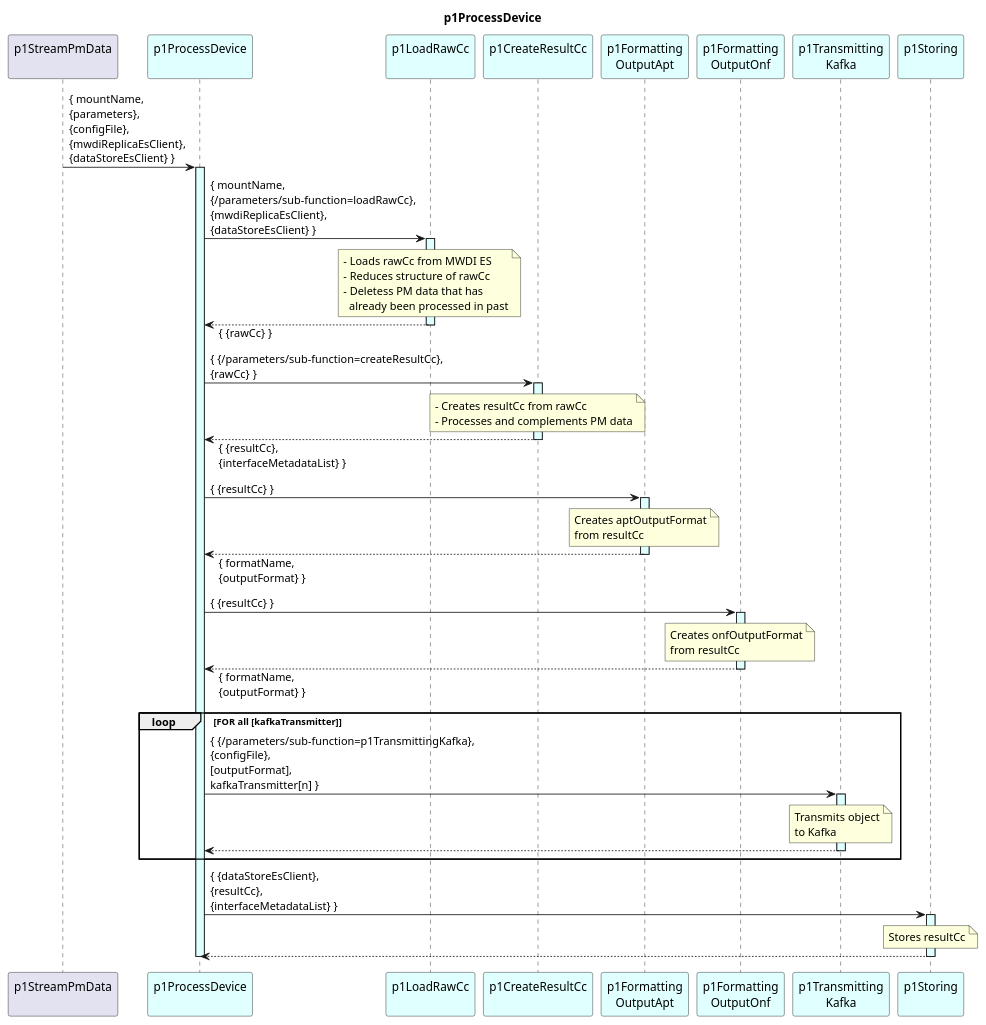
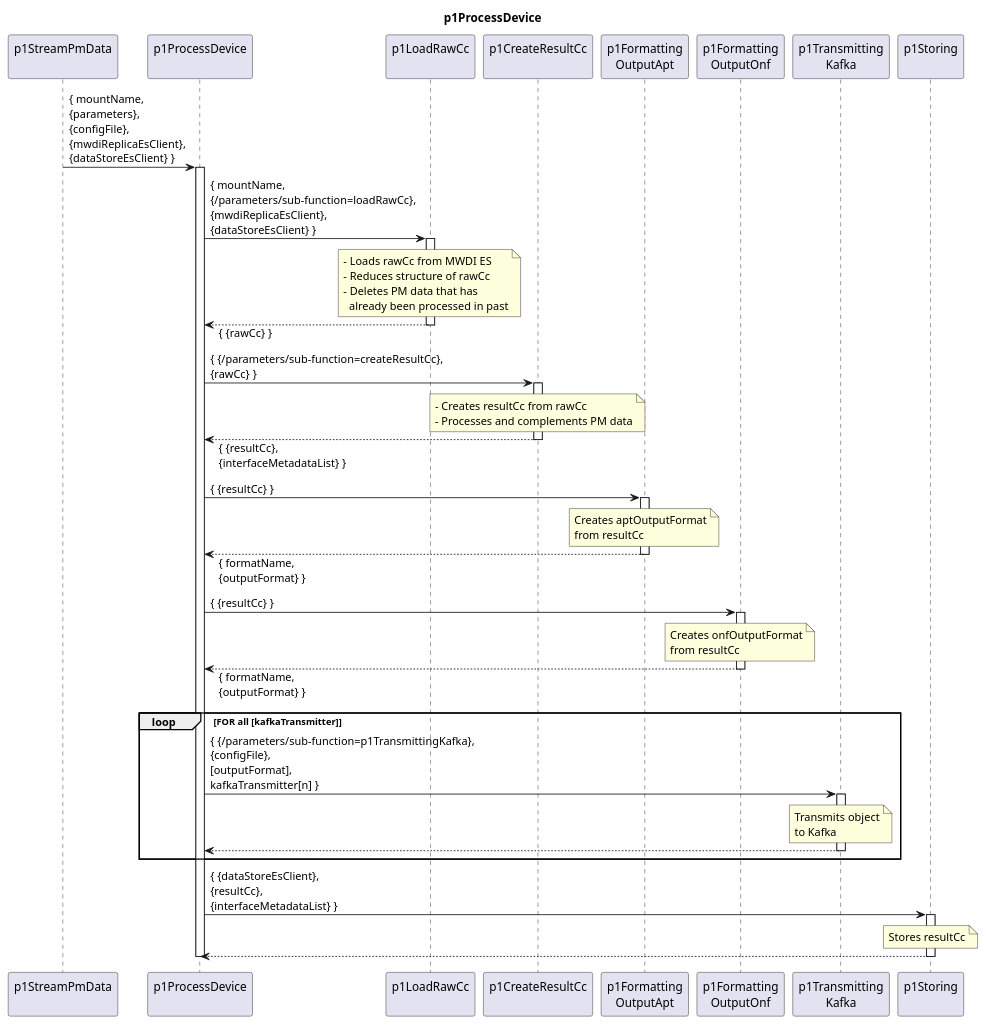
One commit to openBackhaul/DevicePerformanceManagementDataProcessor changed the diagram in spec/Functions/p1StreamPmData/p1ProcessDevice/1.0.0/p1ProcessDevice.plantuml. Above: the diagram before and after it, drawn with PlantUML. The commit also changed 6 other files, not shown here.

Commit message:
Recollor p1ProcessDevice

```diff
--- a/spec/Functions/p1StreamPmData/p1ProcessDevice/1.0.0/p1ProcessDevice.plantuml
+++ b/spec/Functions/p1StreamPmData/p1ProcessDevice/1.0.0/p1ProcessDevice.plantuml
@@ -1,94 +1,94 @@
 @startuml p1ProcessDevice
 skinparam responseMessageBelowArrow true
 
 title
   p1ProcessDevice
 end title
 
 participant "p1StreamPmData\n" as requestor
-participant "p1ProcessDevice\n" as p1ProOrch #LightCyan
-participant "p1LoadRawCc\n" as p1AddRaw #LightCyan
-participant "p1CreateResultCc\n" as p1CRC #LightCyan
-participant "p1Formatting\nOutputApt" as p1OutputApt #LightCyan
-participant "p1Formatting\nOutputOnf" as p1OutputOnf #LightCyan
-participant "p1Transmitting\nKafka" as p1Trans #LightCyan
-participant "p1Storing\n" as p1Store #LightCyan
+participant "p1ProcessDevice\n" as p1ProOrch
+participant "p1LoadRawCc\n" as p1AddRaw
+participant "p1CreateResultCc\n" as p1CRC
+participant "p1Formatting\nOutputApt" as p1OutputApt
+participant "p1Formatting\nOutputOnf" as p1OutputOnf
+participant "p1Transmitting\nKafka" as p1Trans
+participant "p1Storing\n" as p1Store
 
 
 requestor -> p1ProOrch : { mountName,\n{parameters},\n{configFile},\n{mwdiReplicaEsClient},\n{dataStoreEsClient} }
-activate p1ProOrch #LightCyan
+activate p1ProOrch
 
   p1ProOrch -> p1AddRaw : { mountName,\n{/parameters/sub-function=loadRawCc},\n{mwdiReplicaEsClient},\n{dataStoreEsClient} }
-  activate p1AddRaw #LightCyan
+  activate p1AddRaw
 
     note over p1AddRaw
       - Loads rawCc from MWDI ES
       - Reduces structure of rawCc
-      - Deletess PM data that has
+      - Deletes PM data that has
         already been processed in past
     end note
 
   p1ProOrch <-- p1AddRaw : { {rawCc} }
   deactivate p1AddRaw
 
   p1ProOrch -> p1CRC : { {/parameters/sub-function=createResultCc},\n{rawCc} }
-  activate p1CRC #LightCyan
+  activate p1CRC
 
     note over p1CRC
       - Creates resultCc from rawCc
       - Processes and complements PM data
     end note
 
   p1ProOrch <-- p1CRC :  { {resultCc},\n{interfaceMetadataList} }
   deactivate p1CRC
 
   p1ProOrch -> p1OutputApt : { {resultCc} }
-  activate p1OutputApt #LightCyan
+  activate p1OutputApt
 
     note over p1OutputApt
       Creates aptOutputFormat
       from resultCc
     end note
 
   p1ProOrch <-- p1OutputApt : { formatName,\n{outputFormat} }
   deactivate p1OutputApt
 
   p1ProOrch -> p1OutputOnf : { {resultCc} }
-  activate p1OutputOnf #LightCyan
+  activate p1OutputOnf
 
     note over p1OutputOnf
       Creates onfOutputFormat
       from resultCc
     end note
 
   p1ProOrch <-- p1OutputOnf : { formatName,\n{outputFormat} }
   deactivate p1OutputOnf
 
   loop FOR all [kafkaTransmitter]
 
     p1ProOrch -> p1Trans : { {/parameters/sub-function=p1TransmittingKafka},\n{configFile},\n[outputFormat],\nkafkaTransmitter[n] }
-    activate p1Trans #LightCyan
+    activate p1Trans
 
       note over p1Trans
         Transmits object
         to Kafka
       end note
 
     p1ProOrch <-- p1Trans
     deactivate p1Trans
 
   end loop
 
   p1ProOrch -> p1Store : { {dataStoreEsClient},\n{resultCc},\n{interfaceMetadataList} }
-  activate p1Store #LightCyan
+  activate p1Store
 
     note over p1Store
       Stores resultCc
     end note
 
   p1ProOrch <-- p1Store
   deactivate p1Store
 
 deactivate p1ProOrch
 
 @enduml
```
